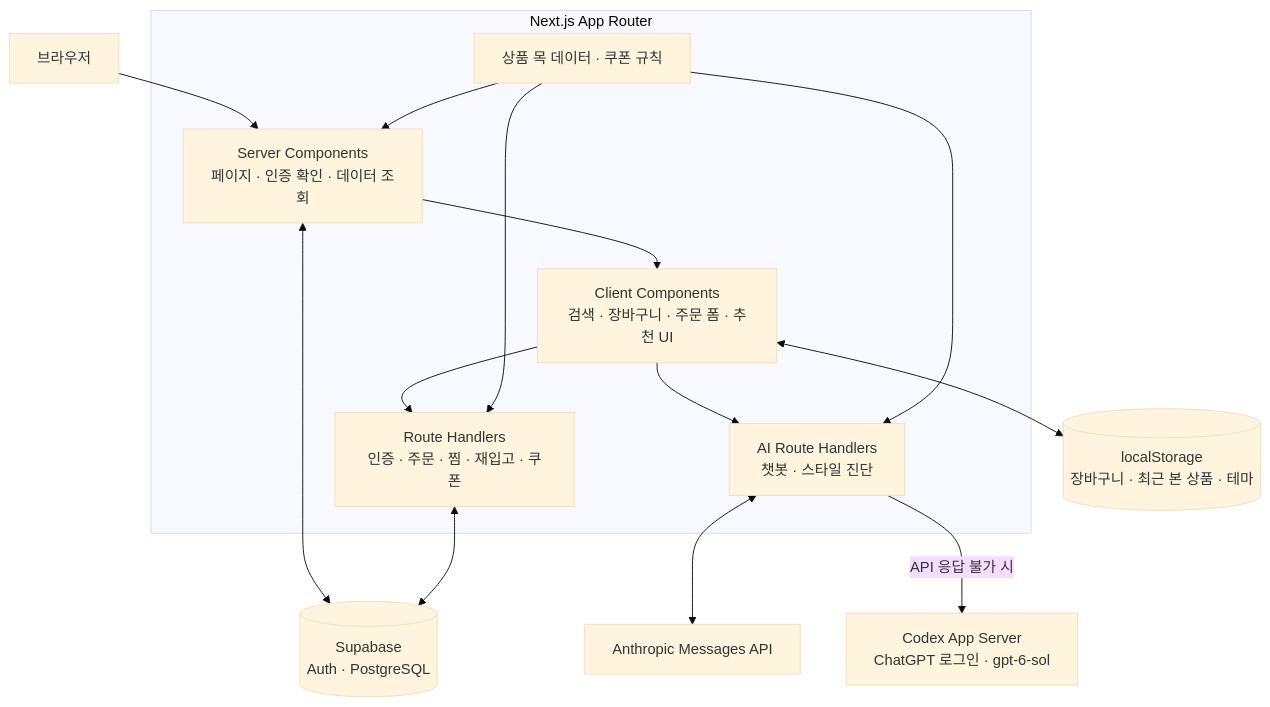
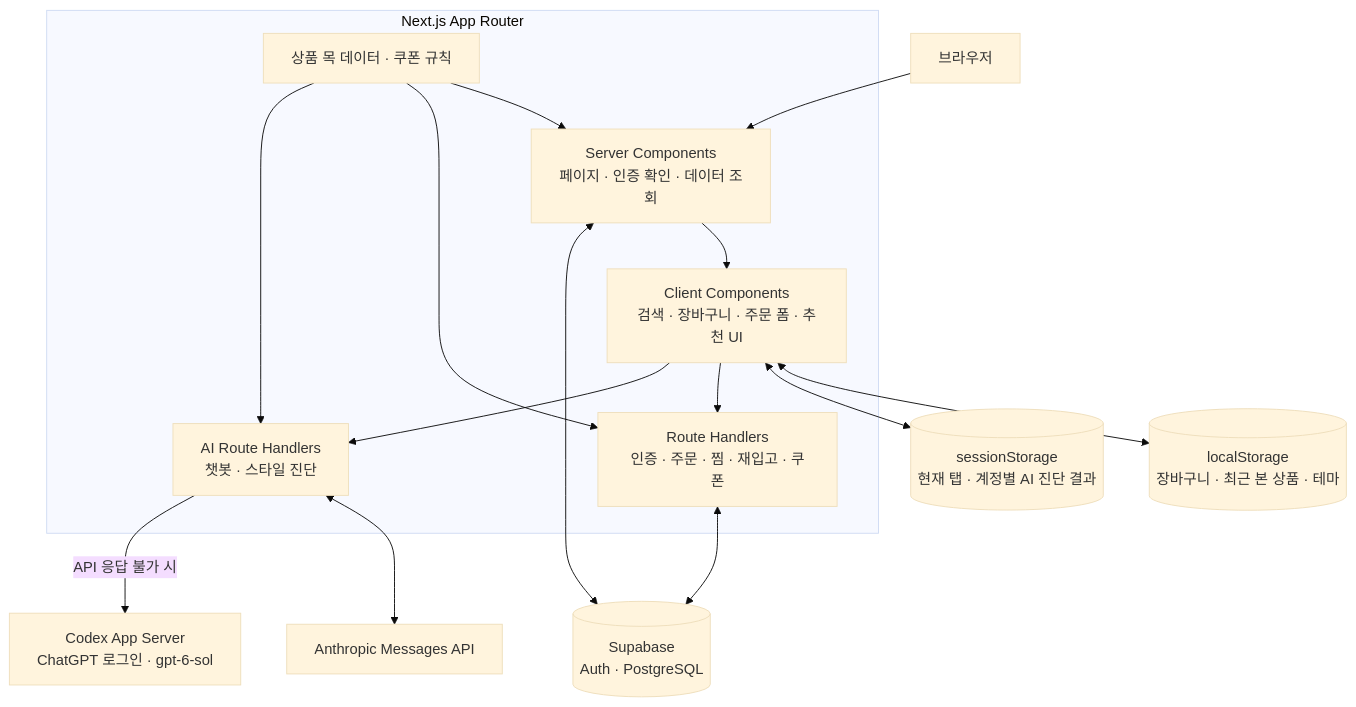
One commit to dkffprtm0404-rgb/VibeCodingUsingAI changed the diagram in README.md. Above: the diagram before and after it, drawn with Mermaid (base theme). The commit also changed other lines of this file and 121 other files, not shown here.

````diff
--- a/README.md
+++ b/README.md
@@ -66,30 +69,32 @@
 ```mermaid
 flowchart TB
     USER["브라우저"]
 
     subgraph NEXT["Next.js App Router"]
         SERVER["Server Components<br/>페이지 · 인증 확인 · 데이터 조회"]
         CLIENT["Client Components<br/>검색 · 장바구니 · 주문 폼 · 추천 UI"]
         API["Route Handlers<br/>인증 · 주문 · 찜 · 재입고 · 쿠폰"]
         AI["AI Route Handlers<br/>챗봇 · 스타일 진단"]
         DATA["상품 목 데이터 · 쿠폰 규칙"]
     end
 
     LOCAL[("localStorage<br/>장바구니 · 최근 본 상품 · 테마")]
+    SESSION[("sessionStorage<br/>현재 탭 · 계정별 AI 진단 결과")]
     SUPABASE[("Supabase<br/>Auth · PostgreSQL")]
     CLAUDE["Anthropic Messages API"]
     CODEX["Codex App Server<br/>ChatGPT 로그인 · gpt-6-sol"]
 
     USER --> SERVER
     SERVER --> CLIENT
     CLIENT <--> LOCAL
+    CLIENT <--> SESSION
     CLIENT --> API
     CLIENT --> AI
     SERVER <--> SUPABASE
     API <--> SUPABASE
     DATA --> SERVER
     DATA --> API
     DATA --> AI
     AI <--> CLAUDE
     AI -->|"API 응답 불가 시"| CODEX
 ```
````
